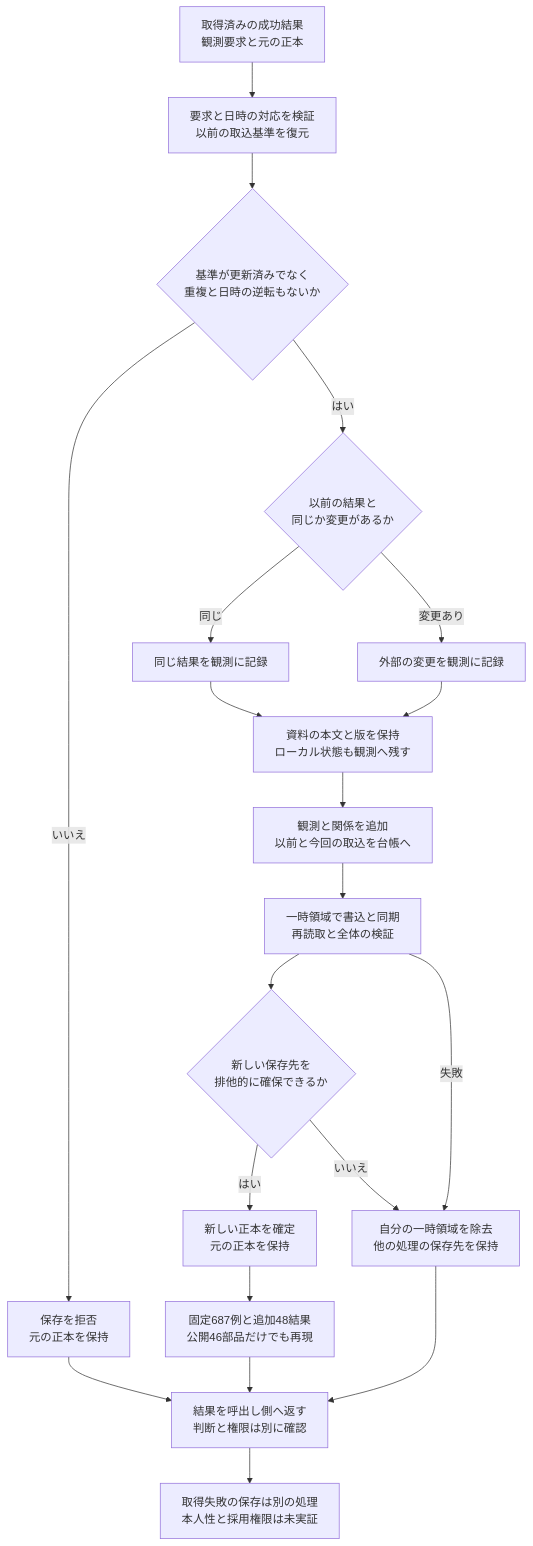
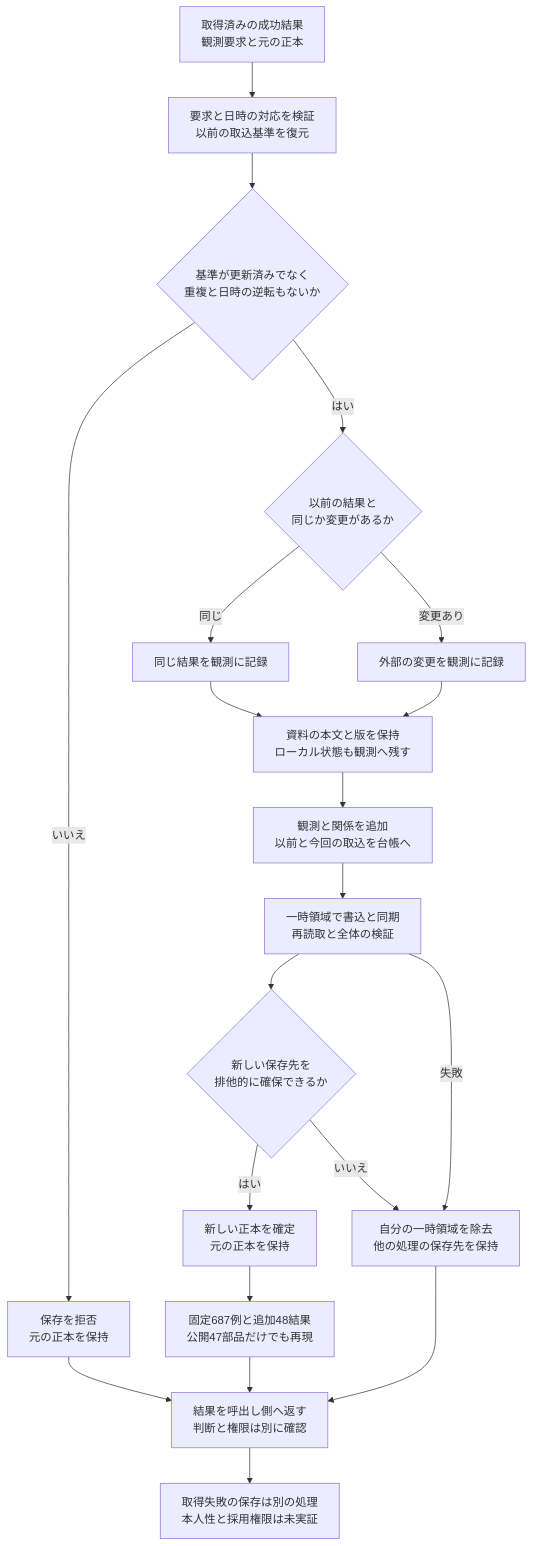
Before and after one commit to koukemo/morivyx: the diagram in docs/diagrams/python-import-presence.mmd, drawn with Mermaid. The commit also changed 48 other files, not shown here.

```diff
--- a/docs/diagrams/python-import-presence.mmd
+++ b/docs/diagrams/python-import-presence.mmd
@@ -1,20 +1,20 @@
 flowchart TD
   A[取得済みの成功結果<br/>観測要求と元の正本] --> B[要求と日時の対応を検証<br/>以前の取込基準を復元]
   B --> C{基準が更新済みでなく<br/>重複と日時の逆転もないか}
   C -->|いいえ| R[保存を拒否<br/>元の正本を保持]
   C -->|はい| D{以前の結果と<br/>同じか変更があるか}
   D -->|同じ| E[同じ結果を観測に記録]
   D -->|変更あり| F[外部の変更を観測に記録]
   E --> G[資料の本文と版を保持<br/>ローカル状態も観測へ残す]
   F --> G
   G --> H[観測と関係を追加<br/>以前と今回の取込を台帳へ]
   H --> I[一時領域で書込と同期<br/>再読取と全体の検証]
   I --> J{新しい保存先を<br/>排他的に確保できるか}
   J -->|はい| K[新しい正本を確定<br/>元の正本を保持]
   J -->|いいえ| L[自分の一時領域を除去<br/>他の処理の保存先を保持]
   I -->|失敗| L
-  K --> M[固定687例と追加48結果<br/>公開46部品だけでも再現]
+  K --> M[固定687例と追加48結果<br/>公開47部品だけでも再現]
   R --> N[結果を呼出し側へ返す<br/>判断と権限は別に確認]
   L --> N
   M --> N
   N --> O[取得失敗の保存は別の処理<br/>本人性と採用権限は未実証]
```
